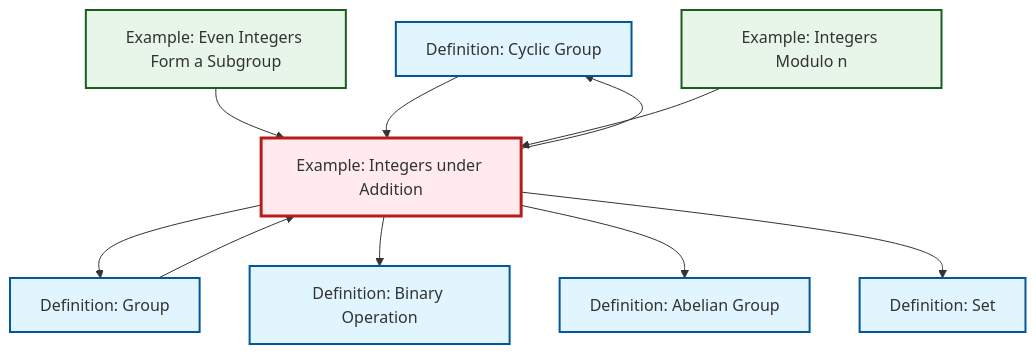
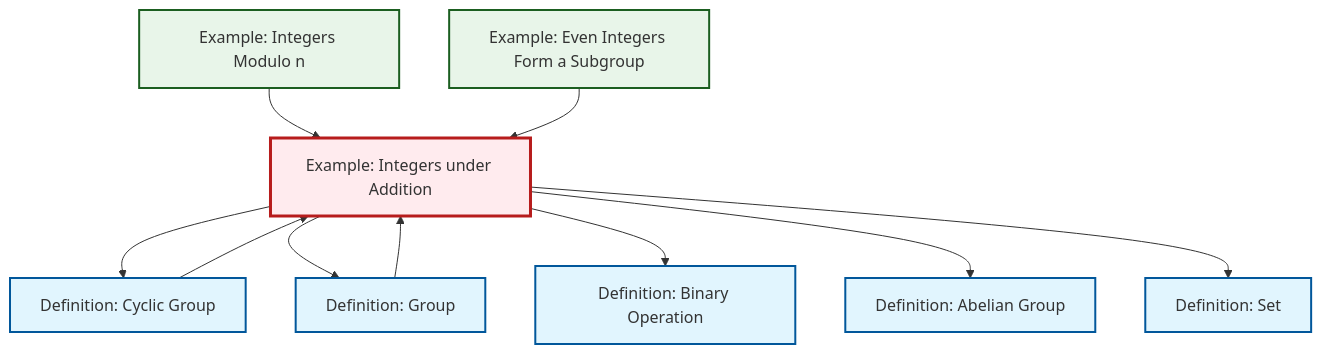
Before and after one commit to RK0429/ModernMath: the diagram in content/en/algebra/ex-integers-addition.qmd, drawn with Mermaid. The commit also changed other lines of this file and 554 other files, not shown here.

````diff
--- a/content/en/algebra/ex-integers-addition.qmd
+++ b/content/en/algebra/ex-integers-addition.qmd
@@ -73,34 +73,34 @@
 ```{mermaid}
 %%| fig-cap: "Local dependency graph"
 graph TD
     classDef definition fill:#e1f5fe,stroke:#01579b,stroke-width:2px
     classDef theorem fill:#f3e5f5,stroke:#4a148c,stroke-width:2px
     classDef axiom fill:#fff3e0,stroke:#e65100,stroke-width:2px
     classDef example fill:#e8f5e9,stroke:#1b5e20,stroke-width:2px
     classDef current fill:#ffebee,stroke:#b71c1c,stroke-width:3px
+    ex-even-integers-subgroup["Example: Even Integers Form a Subgroup"]:::example
     def-abelian-group["Definition: Abelian Group"]:::definition
-    def-cyclic-group["Definition: Cyclic Group"]:::definition
-    def-set["Definition: Set"]:::definition
-    def-group["Definition: Group"]:::definition
     ex-quotient-integers-mod-n["Example: Integers Modulo n"]:::example
     ex-integers-addition["Example: Integers under Addition"]:::example
-    ex-even-integers-subgroup["Example: Even Integers Form a Subgroup"]:::example
+    def-cyclic-group["Definition: Cyclic Group"]:::definition
+    def-group["Definition: Group"]:::definition
     def-binary-operation["Definition: Binary Operation"]:::definition
-    ex-even-integers-subgroup --> ex-integers-addition
+    def-set["Definition: Set"]:::definition
+    ex-integers-addition --> def-cyclic-group
+    def-group --> ex-integers-addition
+    ex-quotient-integers-mod-n --> ex-integers-addition
     ex-integers-addition --> def-group
     ex-integers-addition --> def-binary-operation
-    def-group --> ex-integers-addition
-    ex-integers-addition --> def-cyclic-group
     ex-integers-addition --> def-abelian-group
+    def-cyclic-group --> ex-integers-addition
+    ex-even-integers-subgroup --> ex-integers-addition
     ex-integers-addition --> def-set
-    def-cyclic-group --> ex-integers-addition
-    ex-quotient-integers-mod-n --> ex-integers-addition
     class ex-integers-addition current
+    click ex-even-integers-subgroup "ex-even-integers-subgroup.html" "Go to Even Integers Form a Subgroup example"
     click def-abelian-group "def-abelian-group.html" "Go to Abelian Group definition"
+    click ex-quotient-integers-mod-n "ex-quotient-integers-mod-n.html" "Go to Integers Modulo n example"
     click def-cyclic-group "def-cyclic-group.html" "Go to Cyclic Group definition"
+    click def-group "def-group.html" "Go to Group definition"
+    click def-binary-operation "def-binary-operation.html" "Go to Binary Operation definition"
     click def-set "def-set.html" "Go to Set definition"
-    click def-group "def-group.html" "Go to Group definition"
-    click ex-quotient-integers-mod-n "ex-quotient-integers-mod-n.html" "Go to Integers Modulo n example"
-    click ex-even-integers-subgroup "ex-even-integers-subgroup.html" "Go to Even Integers Form a Subgroup example"
-    click def-binary-operation "def-binary-operation.html" "Go to Binary Operation definition"
 ```
````
